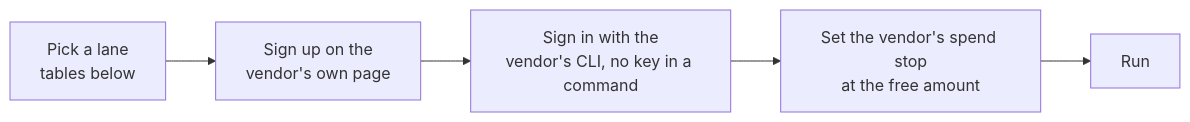
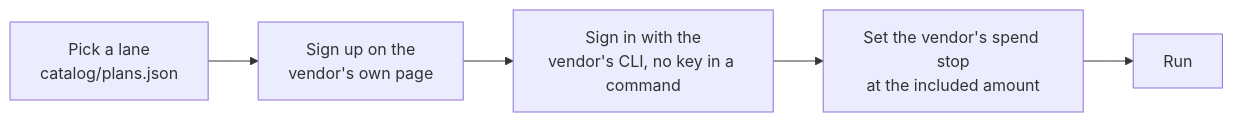
One commit to Colorado-Compute/compute-credits changed the diagram in README.md. Above: the diagram before and after it, drawn with Mermaid. The commit also changed other lines of this file and 10 other files, not shown here.

````diff
--- a/README.md
+++ b/README.md
@@ -5,7 +5,7 @@
 ```mermaid
 flowchart LR
-  P[Pick a lane<br/>tables below] --> S[Sign up on the<br/>vendor's own page]
+  P[Pick a lane<br/>catalog/plans.json] --> S[Sign up on the<br/>vendor's own page]
   S --> L[Sign in with the<br/>vendor's CLI, no key in a command]
-  L --> G[Set the vendor's spend stop<br/>at the free amount]
+  L --> G[Set the vendor's spend stop<br/>at the included amount]
   G --> R[Run]
 ```
````
